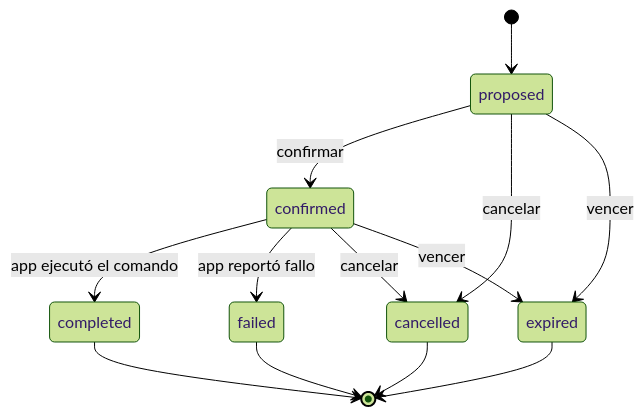
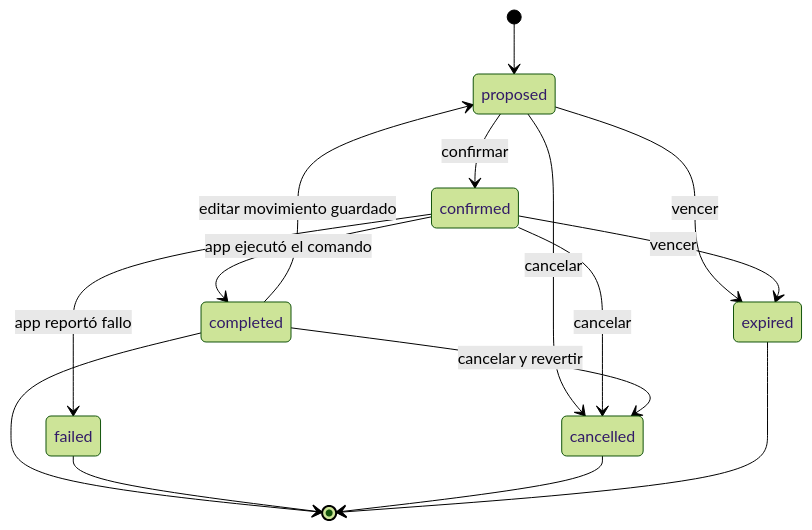
Before and after one commit to Sebastian-jimenez30/PocketMind: the diagram in docs/ASISTENTE_MEMORIA.md, drawn with Mermaid (forest theme). The commit also changed other lines of this file and 33 other files, not shown here.

````diff
--- a/docs/ASISTENTE_MEMORIA.md
+++ b/docs/ASISTENTE_MEMORIA.md
@@ -47,15 +49,17 @@
 ```mermaid
 stateDiagram-v2
     [*] --> proposed
     proposed --> confirmed: confirmar
     proposed --> cancelled: cancelar
     proposed --> expired: vencer
     confirmed --> completed: app ejecutó el comando
     confirmed --> failed: app reportó fallo
     confirmed --> cancelled: cancelar
     confirmed --> expired: vencer
+    completed --> proposed: editar movimiento guardado
+    completed --> cancelled: cancelar y revertir
     completed --> [*]
     failed --> [*]
     cancelled --> [*]
     expired --> [*]
 ```
````
